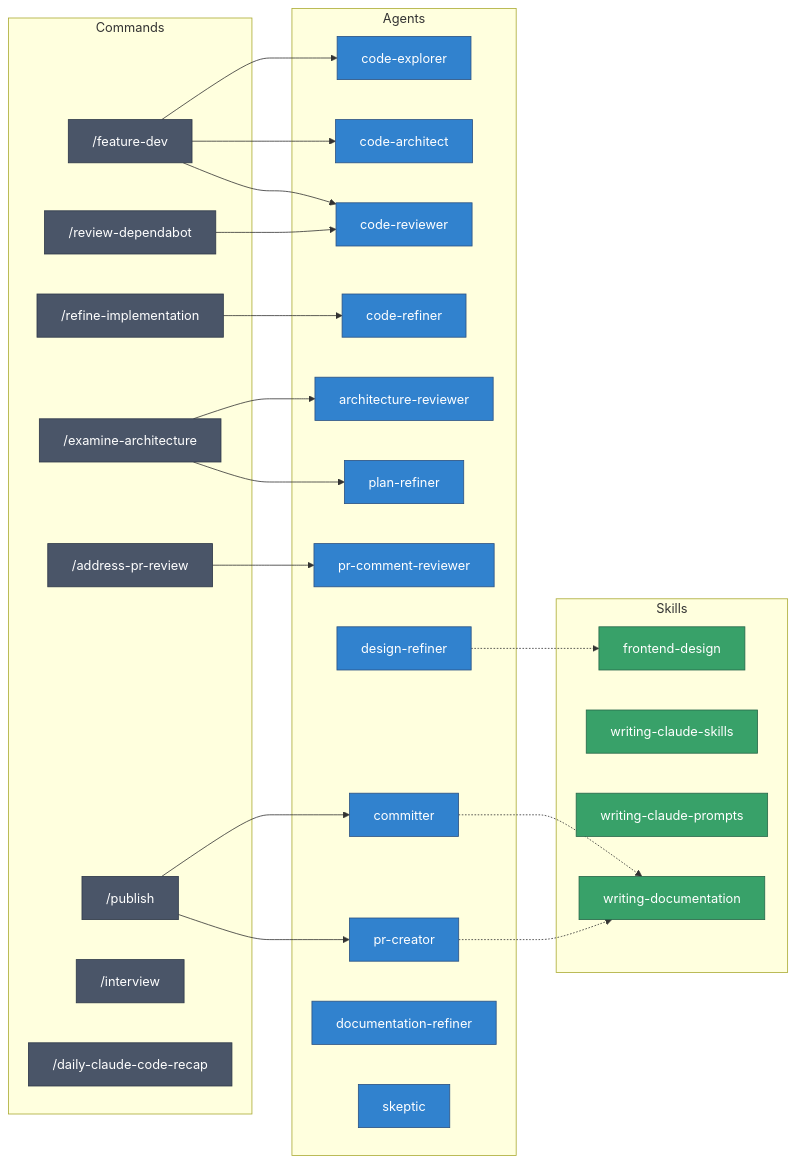
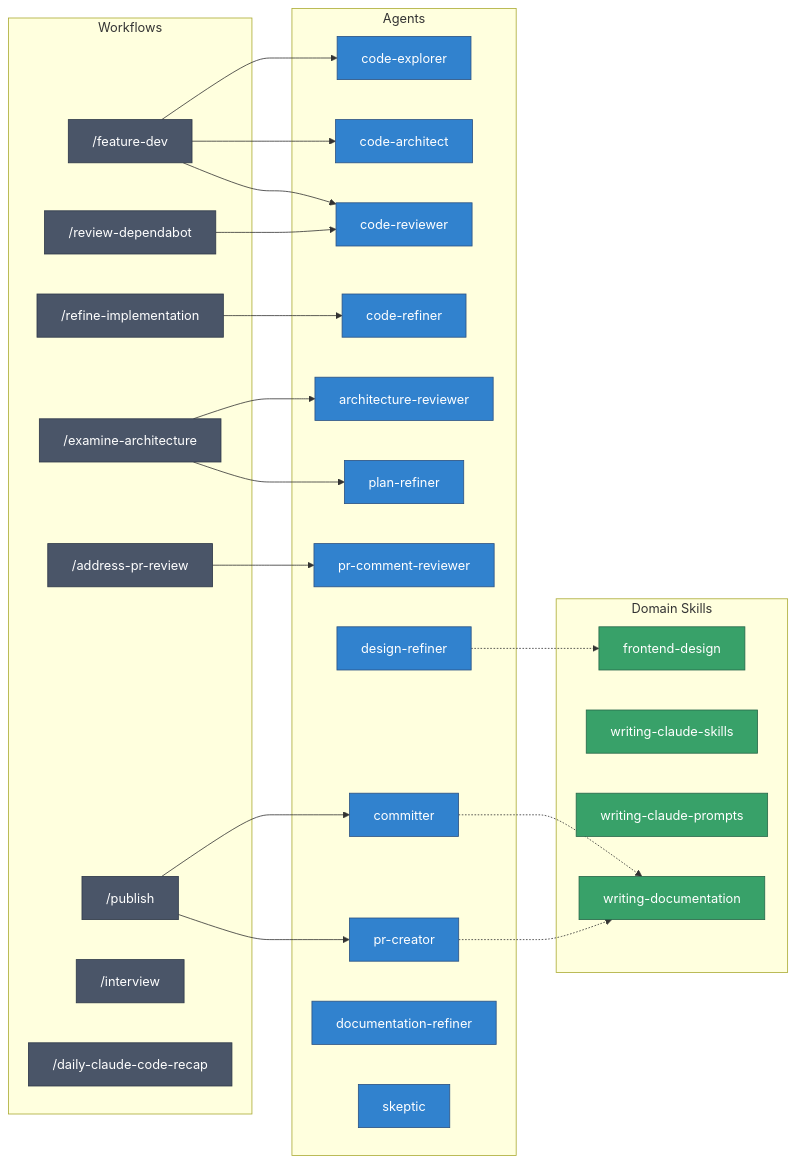
The diagram in ai/README.md (stephendolan/dotfiles), drawn with Mermaid before and after one commit. The commit also changed other lines of this file and 11 other files, not shown here.

First line of the commit message:
feat(ai): migrate commands to skills with new Claude Code features

````diff
--- a/ai/README.md
+++ b/ai/README.md
@@ -25,54 +24,54 @@
 ```mermaid
 flowchart LR
-    subgraph Commands
+    subgraph Workflows
         fd["/feature-dev"]
         ri["/refine-implementation"]
         ea["/examine-architecture"]
         apr["/address-pr-review"]
         rd["/review-dependabot"]
         pub["/publish"]
         int["/interview"]
         dcr["/daily-claude-code-recap"]
     end
 
     subgraph Agents
         ce["code-explorer"]
         ca["code-architect"]
         cr["code-reviewer"]
         cf["code-refiner"]
         ar["architecture-reviewer"]
         pr["plan-refiner"]
         pcr["pr-comment-reviewer"]
         com["committer"]
         prc["pr-creator"]
         dr["design-refiner"]
         docr["documentation-refiner"]
         sk["skeptic"]
     end
 
-    subgraph Skills
+    subgraph Domain Skills
         fdd["frontend-design"]
         wcs["writing-claude-skills"]
         wcp["writing-claude-prompts"]
         wdoc["writing-documentation"]
     end
 
     fd --> ce & ca & cr
     ri --> cf
     ea --> ar & pr
     apr --> pcr
     rd --> cr
     pub --> com & prc
 
     com -.-> wdoc
     prc -.-> wdoc
     dr -.-> fdd
 
-    classDef cmd fill:#4a5568,stroke:#2d3748,color:#fff
+    classDef workflow fill:#4a5568,stroke:#2d3748,color:#fff
     classDef agent fill:#3182ce,stroke:#2c5282,color:#fff
     classDef skill fill:#38a169,stroke:#276749,color:#fff
 
-    class fd,ri,ea,apr,rd,pub,int,dcr cmd
+    class fd,ri,ea,apr,rd,pub,int,dcr workflow
     class ce,ca,cr,cf,ar,pr,pcr,com,prc,dr,docr,sk agent
     class fdd,wcs,wcp,wdoc skill
 ```
````
